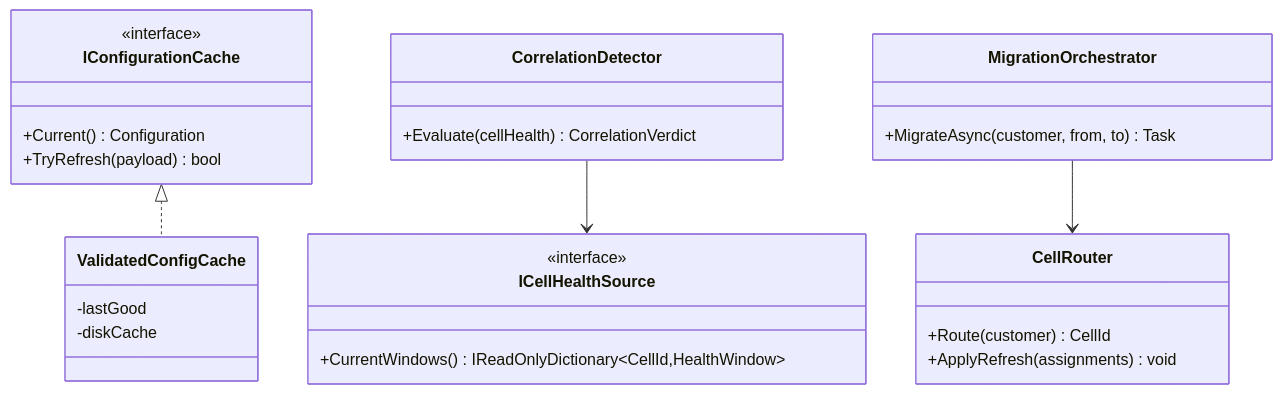
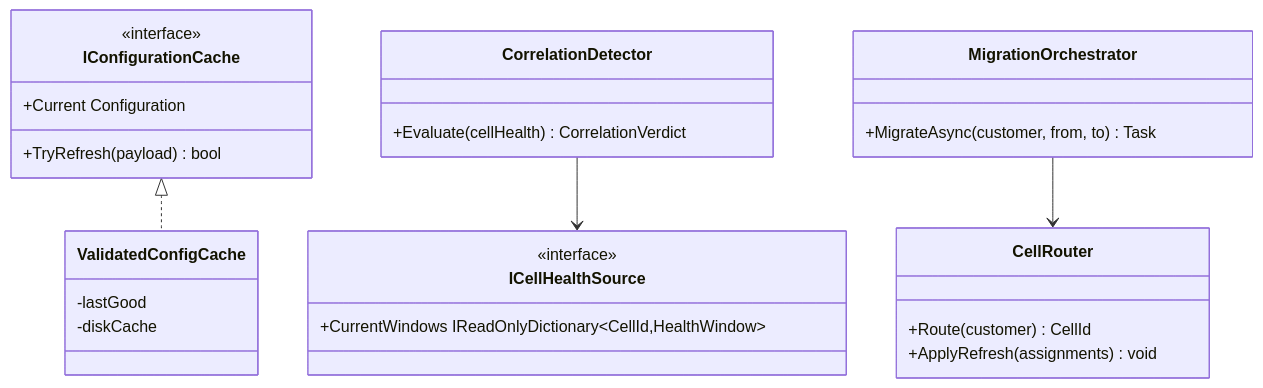
Before and after one commit to umashankarp/InterviewQuestions: the fourth of 4 diagrams in 17-Microservices/06-MultiRegion-Cell-Based-Architecture-Blast-Radius.md, drawn with Mermaid. The commit also changed other lines of this file and 173 other files, not shown here.

````diff
--- a/17-Microservices/06-MultiRegion-Cell-Based-Architecture-Blast-Radius.md
+++ b/17-Microservices/06-MultiRegion-Cell-Based-Architecture-Blast-Radius.md
@@ -608,30 +608,30 @@
 ```mermaid
 classDiagram
-    class CellRouter {
-        +Route(customer) CellId
-        +ApplyRefresh(assignments) void
-    }
-    class IConfigurationCache {
-        <<interface>>
-        +Current() Configuration
-        +TryRefresh(payload) bool
-    }
-    class ValidatedConfigCache {
-        -lastGood
-        -diskCache
-    }
-    class CorrelationDetector {
-        +Evaluate(cellHealth) CorrelationVerdict
-    }
-    class MigrationOrchestrator {
-        +MigrateAsync(customer, from, to) Task
-    }
-    class ICellHealthSource {
-        <<interface>>
-        +CurrentWindows() IReadOnlyDictionary~CellId,HealthWindow~
-    }
+ class CellRouter {
+ +Route(customer) CellId
+ +ApplyRefresh(assignments) void
+ }
+ class IConfigurationCache {
+ <<interface>>
+ +Current Configuration
+ +TryRefresh(payload) bool
+ }
+ class ValidatedConfigCache {
+ -lastGood
+ -diskCache
+ }
+ class CorrelationDetector {
+ +Evaluate(cellHealth) CorrelationVerdict
+ }
+ class MigrationOrchestrator {
+ +MigrateAsync(customer, from, to) Task
+ }
+ class ICellHealthSource {
+ <<interface>>
+ +CurrentWindows IReadOnlyDictionary~CellId,HealthWindow~
+ }
 
-    IConfigurationCache <|.. ValidatedConfigCache
-    CorrelationDetector --> ICellHealthSource
-    MigrationOrchestrator --> CellRouter
+ IConfigurationCache <|.. ValidatedConfigCache
+ CorrelationDetector --> ICellHealthSource
+ MigrationOrchestrator --> CellRouter
 ```
````
